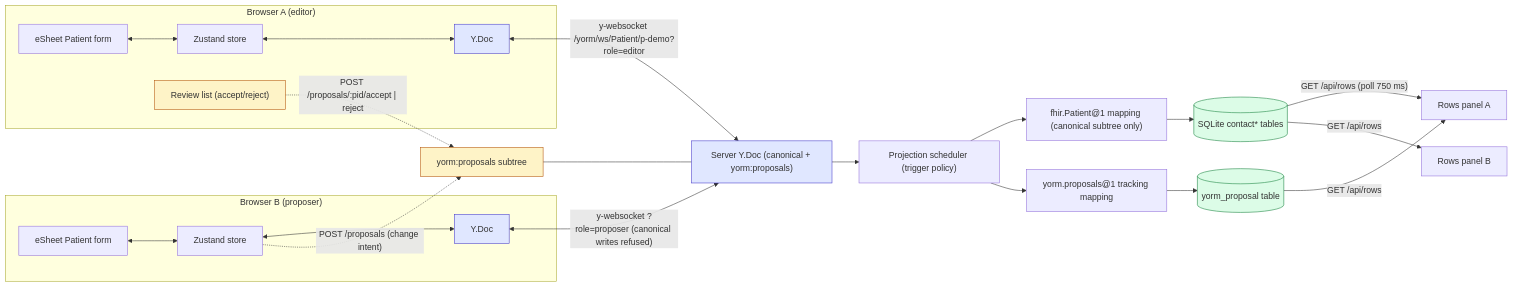
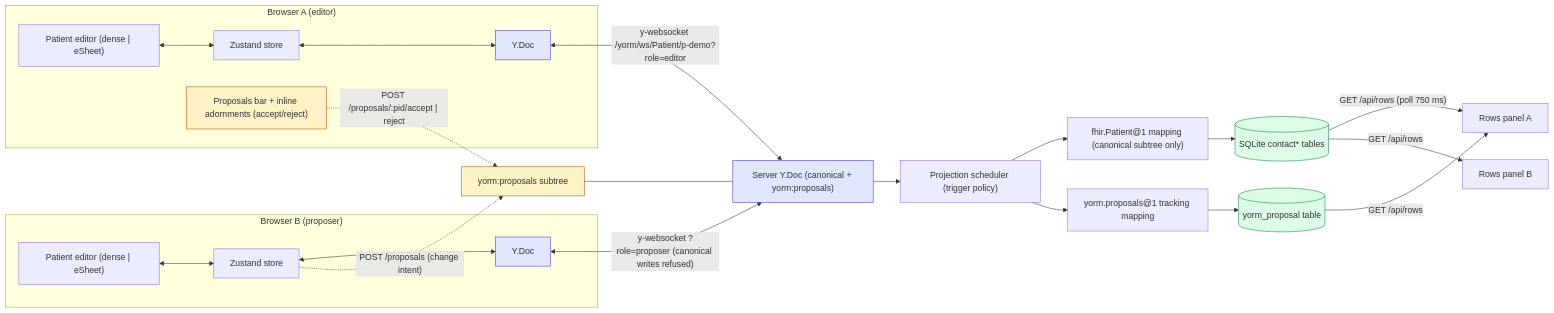
The diagram in examples/patient-collab-demo/README.md (mieweb/yorm), drawn with Mermaid before and after one commit. The commit also changed other lines of this file and 21 other files, not shown here.

Commit message:
Demo UX: dense full-Patient editor with inline proposal accept/reject, top accumulating proposals bar with mass actions, dense/eSheet view toggle; add mieweb/eSheet submodule (vendor/eSheet)

````diff
--- a/examples/patient-collab-demo/README.md
+++ b/examples/patient-collab-demo/README.md
@@ -52,30 +69,30 @@
 ```mermaid
 graph LR
   subgraph BrowserA["Browser A (editor)"]
-    FormA["eSheet Patient form"] <--> StoreA["Zustand store"] <--> DocA["Y.Doc"]
-    ReviewA["Review list (accept/reject)"]
+    FormA["Patient editor (dense | eSheet)"] <--> StoreA["Zustand store"] <--> DocA["Y.Doc"]
+    ReviewA["Proposals bar + inline adornments (accept/reject)"]
   end
   subgraph BrowserB["Browser B (proposer)"]
-    FormB["eSheet Patient form"] <--> StoreB["Zustand store"] <--> DocB["Y.Doc"]
+    FormB["Patient editor (dense | eSheet)"] <--> StoreB["Zustand store"] <--> DocB["Y.Doc"]
   end
   DocA <-->|"y-websocket /yorm/ws/Patient/p-demo?role=editor"| ServerDoc["Server Y.Doc (canonical + yorm:proposals)"]
   DocB <-->|"y-websocket ?role=proposer (canonical writes refused)"| ServerDoc
   StoreB -.->|"POST /proposals (change intent)"| Proposals["yorm:proposals subtree"]
   Proposals --- ServerDoc
   ReviewA -.->|"POST /proposals/:pid/accept | reject"| Proposals
   ServerDoc --> Scheduler["Projection scheduler (trigger policy)"]
   Scheduler --> Mapping["fhir.Patient@1 mapping (canonical subtree only)"]
   Scheduler --> Tracking["yorm.proposals@1 tracking mapping"]
   Mapping --> Sqlite[("SQLite contact* tables")]
   Tracking --> ProposalTable[("yorm_proposal table")]
   Sqlite -->|"GET /api/rows (poll 750 ms)"| PanelA["Rows panel A"]
   ProposalTable -->|"GET /api/rows"| PanelA
   Sqlite -->|"GET /api/rows"| PanelB["Rows panel B"]
 
   classDef doc fill:#e0e7ff,stroke:#4338ca;
   classDef store fill:#dcfce7,stroke:#15803d;
   classDef proposal fill:#fef3c7,stroke:#b45309;
   class DocA,DocB,ServerDoc doc;
   class Sqlite,ProposalTable store;
   class Proposals,ReviewA proposal;
 ```
````
